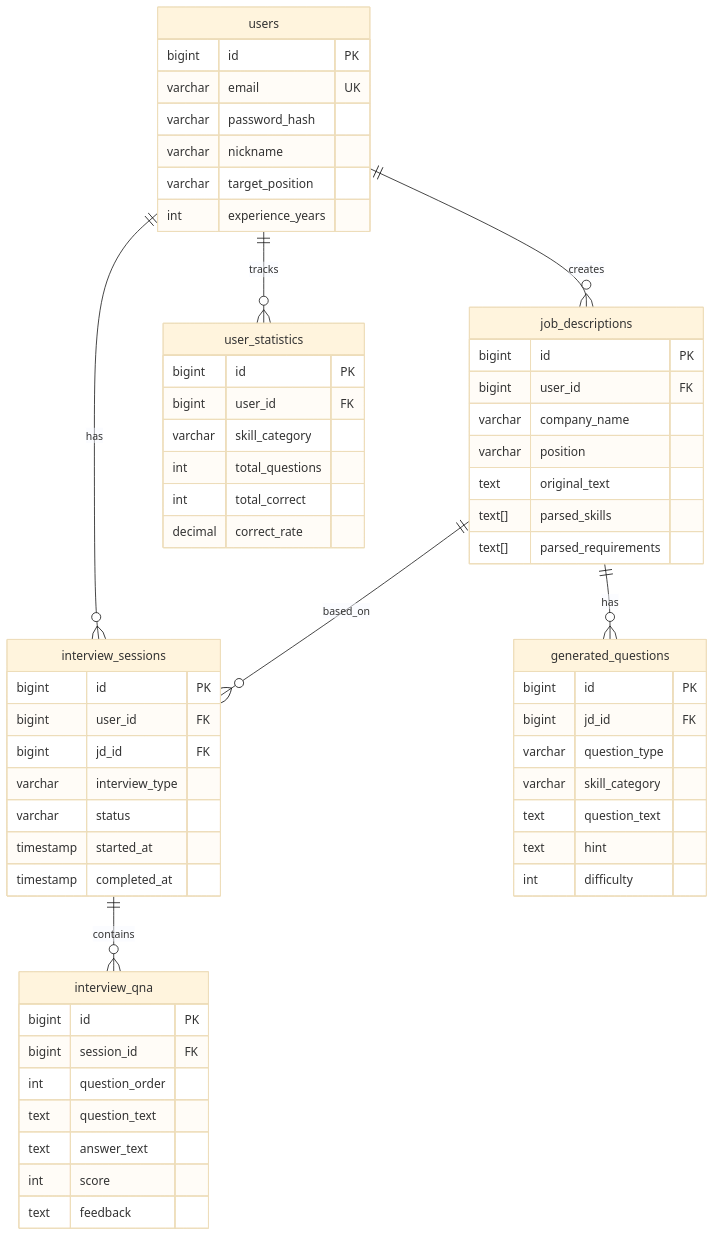
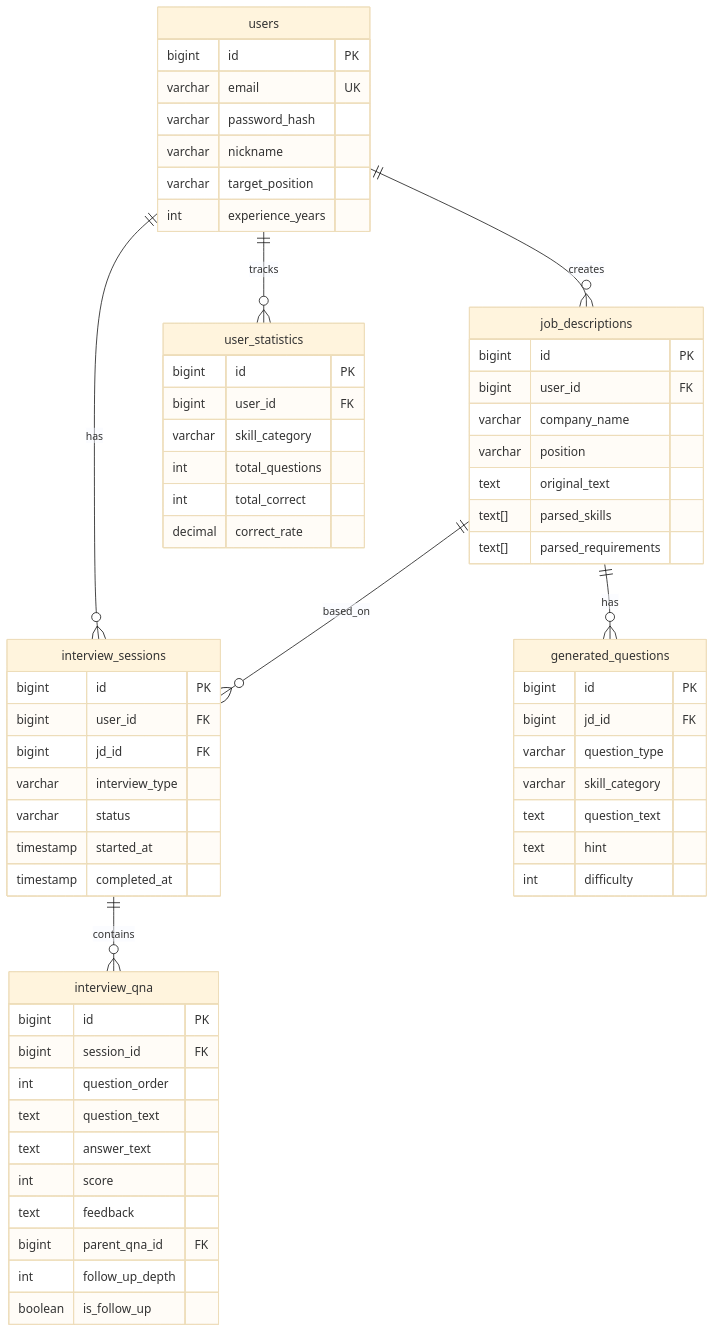
One commit to jinhyuk9714/interview-coach changed the second of 2 diagrams in README.md. Above: the diagram before and after it, drawn with Mermaid (base theme). The commit also changed other lines of this file and 15 other files, not shown here.

````diff
--- a/README.md
+++ b/README.md
@@ -341,67 +342,70 @@
 ```mermaid
 erDiagram
     users ||--o{ job_descriptions : creates
     users ||--o{ interview_sessions : has
     job_descriptions ||--o{ generated_questions : has
     job_descriptions ||--o{ interview_sessions : based_on
     interview_sessions ||--o{ interview_qna : contains
     users ||--o{ user_statistics : tracks
 
     users {
         bigint id PK
         varchar email UK
         varchar password_hash
         varchar nickname
         varchar target_position
         int experience_years
     }
 
     job_descriptions {
         bigint id PK
         bigint user_id FK
         varchar company_name
         varchar position
         text original_text
         text[] parsed_skills
         text[] parsed_requirements
     }
 
     generated_questions {
         bigint id PK
         bigint jd_id FK
         varchar question_type
         varchar skill_category
         text question_text
         text hint
         int difficulty
     }
 
     interview_sessions {
         bigint id PK
         bigint user_id FK
         bigint jd_id FK
         varchar interview_type
         varchar status
         timestamp started_at
         timestamp completed_at
     }
 
     interview_qna {
         bigint id PK
         bigint session_id FK
         int question_order
         text question_text
         text answer_text
         int score
         text feedback
+        bigint parent_qna_id FK
+        int follow_up_depth
+        boolean is_follow_up
     }
 
     user_statistics {
         bigint id PK
         bigint user_id FK
         varchar skill_category
         int total_questions
         int total_correct
         decimal correct_rate
     }
 ```
````
